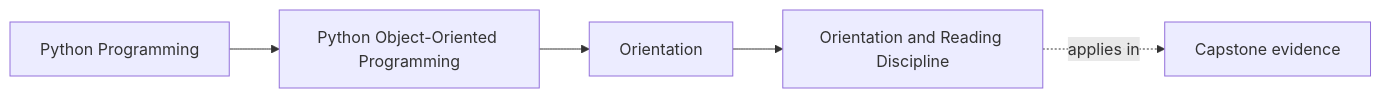
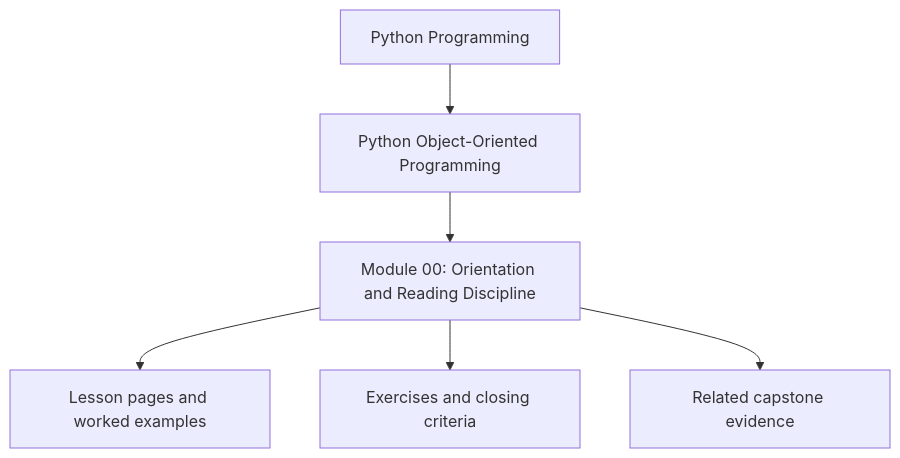
Before and after one commit to bijux/bijux-masterclass: the first of 2 diagrams in programs/python-programming/python-object-oriented-programming/course-book/module-00-orientation/index.md, drawn with Mermaid. The commit also changed other lines of this file and 10 other files, not shown here.

Commit message:
docs(python-object-oriented-programming): reposition module overview diagrams

````diff
--- a/programs/python-programming/python-object-oriented-programming/course-book/module-00-orientation/index.md
+++ b/programs/python-programming/python-object-oriented-programming/course-book/module-00-orientation/index.md
@@ -7,11 +7,8 @@
 ```mermaid
-graph LR
-  family["Python Programming"]
-  program["Python Object-Oriented Programming"]
-  section["Orientation"]
-  page["Orientation and Reading Discipline"]
-  capstone["Capstone evidence"]
-
-  family --> program --> section --> page
-  page -.applies in.-> capstone
+flowchart TD
+  family["Python Programming"] --> program["Python Object-Oriented Programming"]
+  program --> module["Module 00: Orientation and Reading Discipline"]
+  module --> lessons["Lesson pages and worked examples"]
+  module --> checkpoints["Exercises and closing criteria"]
+  module --> capstone["Related capstone evidence"]
 ```
````
